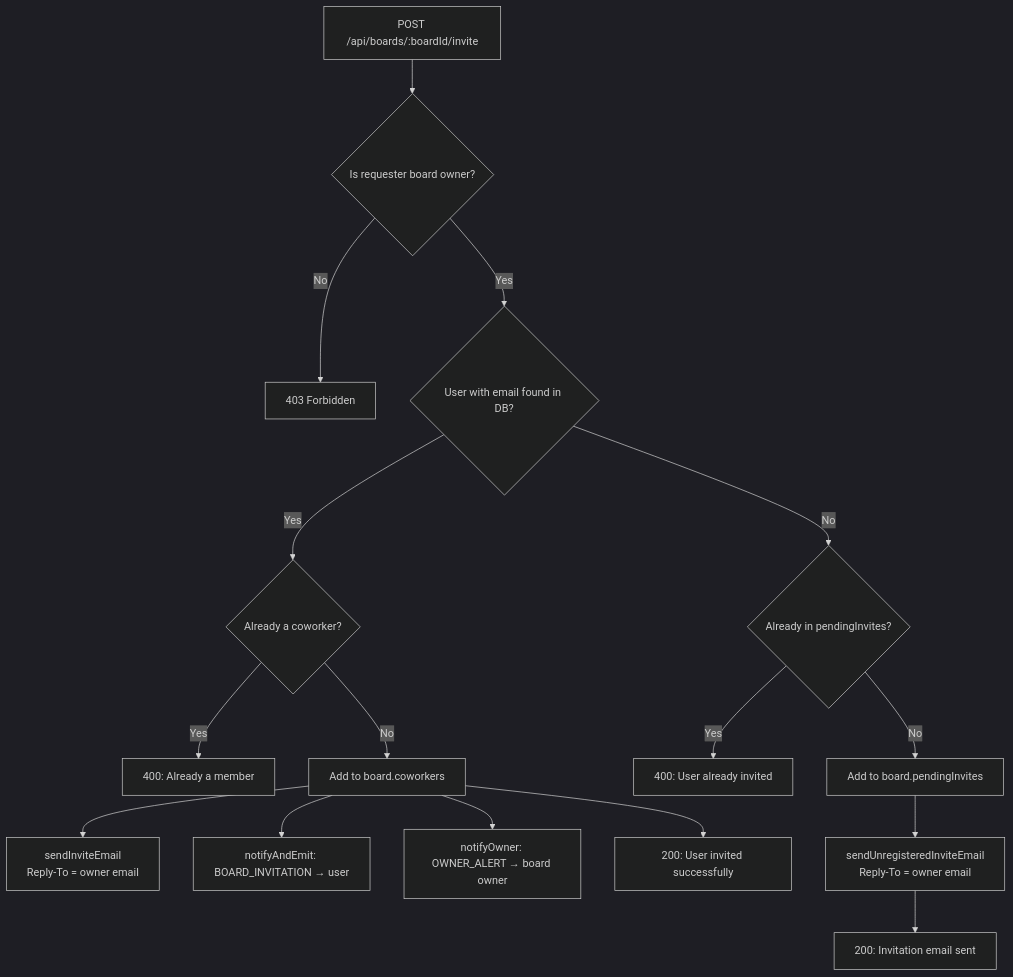
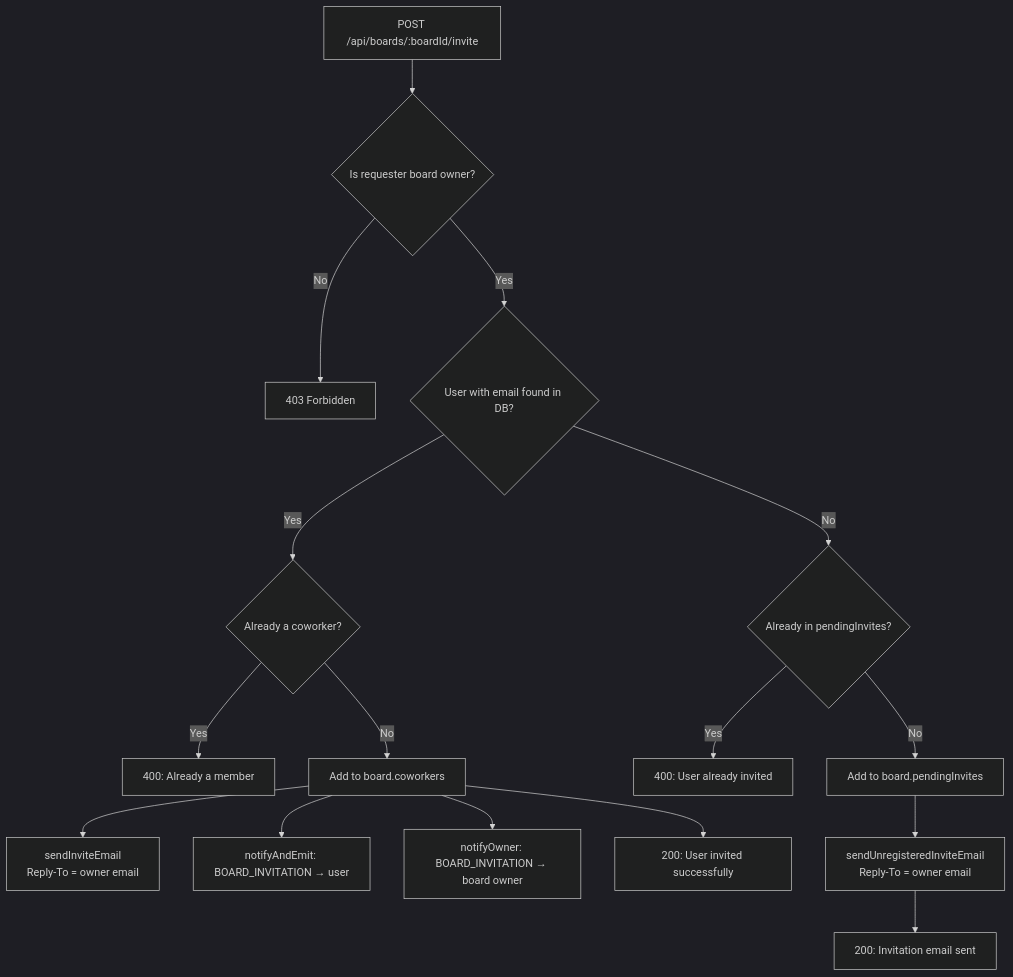
The first of 2 diagrams in backend/docs/pending-invitations-flow.md (maryamKR/TaskFlow-Project), drawn with Mermaid (dark theme) before and after one commit. The commit also changed other lines of this file and 6 other files, not shown here.

````diff
--- a/backend/docs/pending-invitations-flow.md
+++ b/backend/docs/pending-invitations-flow.md
@@ -63,18 +63,18 @@
 ```mermaid
 graph TD
     A[POST /api/boards/:boardId/invite] --> B{Is requester board owner?}
     B -- No --> C[403 Forbidden]
     B -- Yes --> D{User with email found in DB?}
     D -- Yes --> E{Already a coworker?}
     E -- Yes --> F[400: Already a member]
     E -- No --> G[Add to board.coworkers]
     G --> H[sendInviteEmail\nReply-To = owner email]
     G --> I[notifyAndEmit: BOARD_INVITATION → user]
-    G --> J[notifyOwner: OWNER_ALERT → board owner]
+    G --> J[notifyOwner: BOARD_INVITATION → board owner]
     G --> K[200: User invited successfully]
     D -- No --> L{Already in pendingInvites?}
     L -- Yes --> M[400: User already invited]
     L -- No --> N[Add to board.pendingInvites]
     N --> O[sendUnregisteredInviteEmail\nReply-To = owner email]
     O --> P[200: Invitation email sent]
 ```
````
